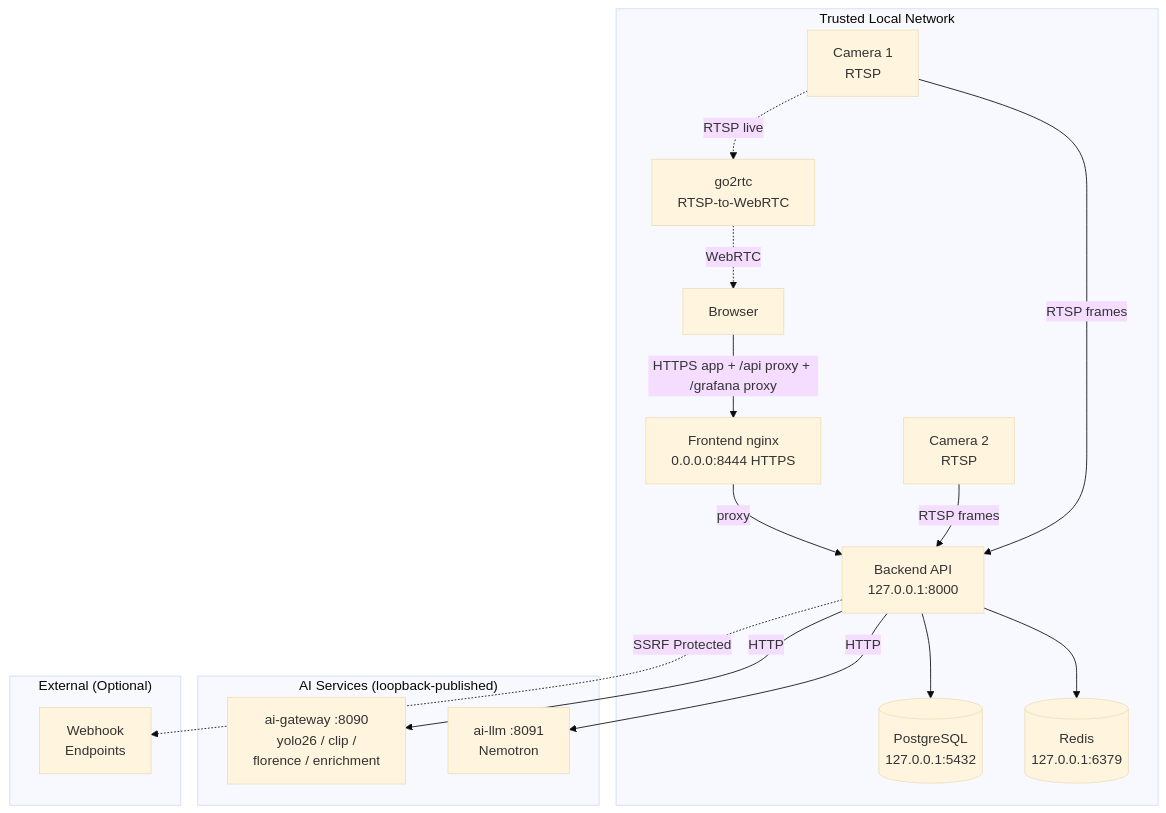
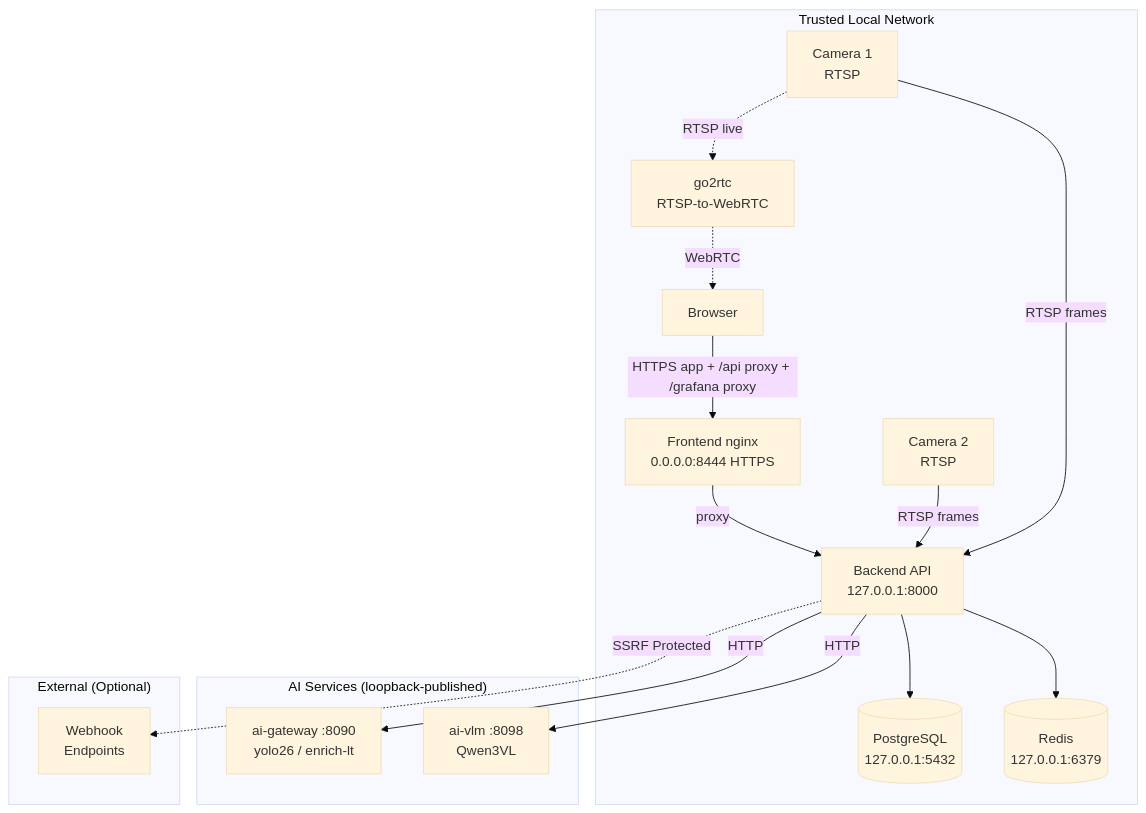
Before and after one commit to mikesvoboda/nemotron-v3-home-security-intelligence: the diagram in docs/architecture/security/network-security.md, drawn with Mermaid (base theme). The commit also changed other lines of this file and 6 other files, not shown here.

First line of the commit message:
docs(architecture): re-pin seven pages to the shipped ai-vlm topology

````diff
--- a/docs/architecture/security/network-security.md
+++ b/docs/architecture/security/network-security.md
@@ -28,34 +28,34 @@
 ```mermaid
 flowchart TB
     subgraph TrustedNetwork["Trusted Local Network"]
         CAM1[Camera 1<br/>RTSP]
         CAM2[Camera 2<br/>RTSP]
         BROWSER[Browser]
         FRONTEND[Frontend nginx<br/>0.0.0.0:8444 HTTPS]
         BACKEND[Backend API<br/>127.0.0.1:8000]
         GO2RTC[go2rtc<br/>RTSP-to-WebRTC]
         DB[(PostgreSQL<br/>127.0.0.1:5432)]
         REDIS[(Redis<br/>127.0.0.1:6379)]
     end
 
     subgraph AIServices["AI Services (loopback-published)"]
-        GATEWAY[ai-gateway :8090<br/>yolo26 / clip /<br/>florence / enrichment]
-        LLM[ai-llm :8091<br/>Nemotron]
+        GATEWAY[ai-gateway :8090<br/>yolo26 / enrich-lt]
+        VLM[ai-vlm :8098<br/>Qwen3VL]
     end
 
     subgraph External["External (Optional)"]
         WEBHOOK[Webhook<br/>Endpoints]
     end
 
     CAM1 -->|RTSP frames| BACKEND
     CAM2 -->|RTSP frames| BACKEND
     CAM1 -.->|RTSP live| GO2RTC
     GO2RTC -.->|WebRTC| BROWSER
     BROWSER -->|HTTPS app + /api proxy + /grafana proxy| FRONTEND
     FRONTEND -->|proxy| BACKEND
     BACKEND --> DB
     BACKEND --> REDIS
     BACKEND -->|HTTP| GATEWAY
-    BACKEND -->|HTTP| LLM
+    BACKEND -->|HTTP| VLM
     BACKEND -.->|SSRF Protected| WEBHOOK
 ```
````
